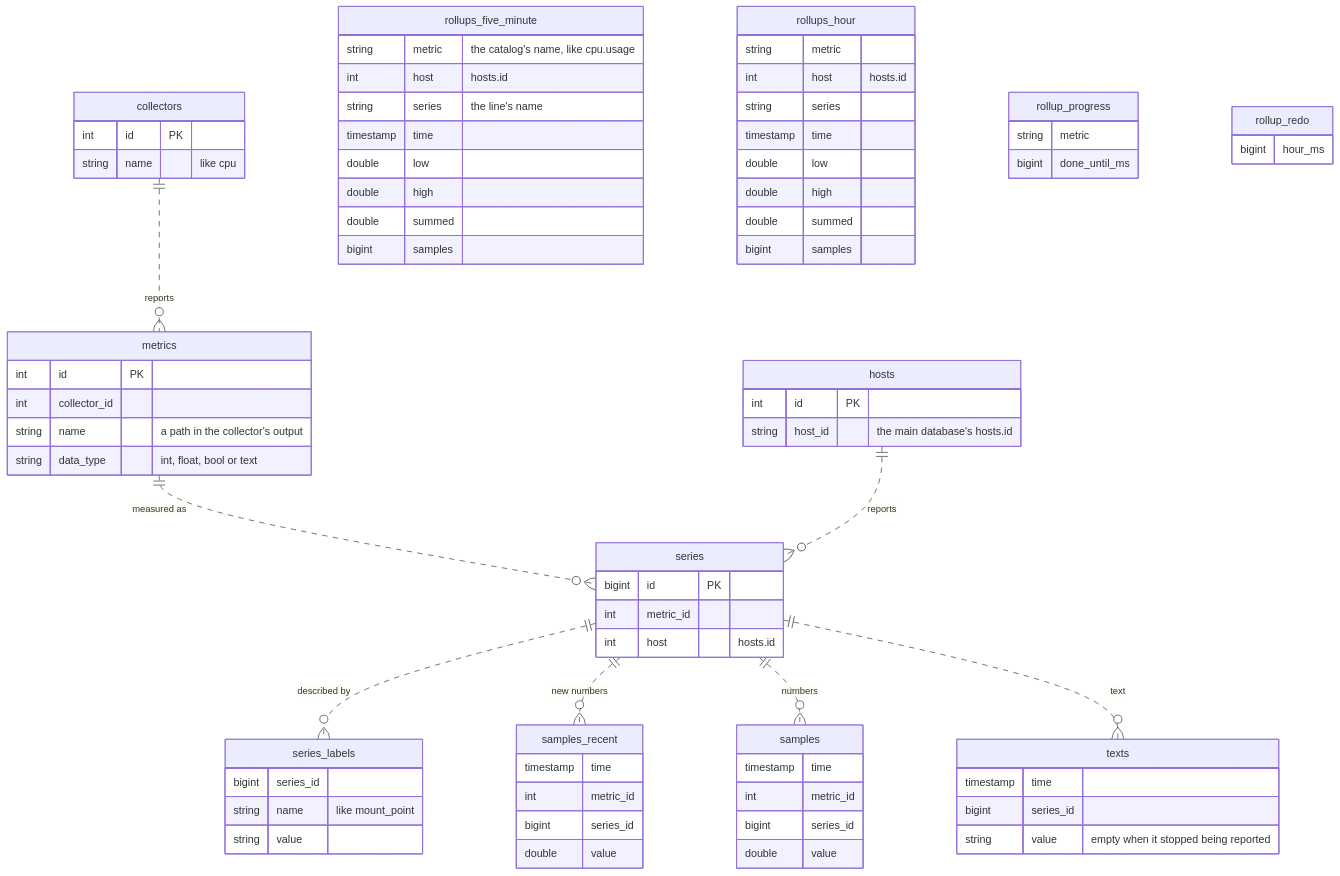
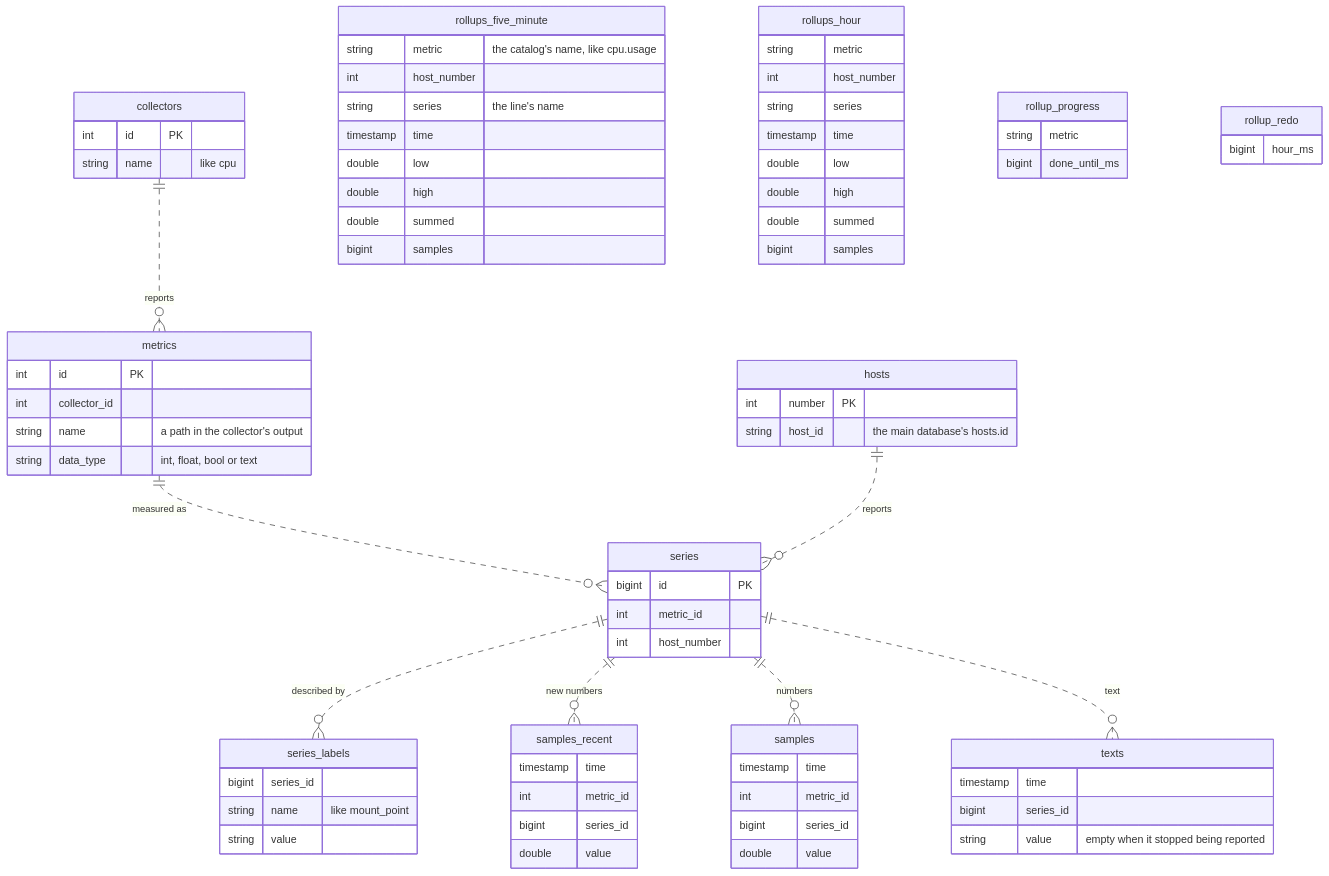
Before and after one commit to sfreiberg/maxnines: the third of 4 diagrams in database/README.md, drawn with Mermaid. The commit also changed other lines of this file and 4 other files, not shown here.

````diff
--- a/database/README.md
+++ b/database/README.md
@@ -360,79 +361,79 @@
 ```mermaid
 erDiagram
     collectors ||..o{ metrics : "reports"
     metrics ||..o{ series : "measured as"
     hosts ||..o{ series : "reports"
     series ||..o{ series_labels : "described by"
     series ||..o{ samples_recent : "new numbers"
     series ||..o{ samples : "numbers"
     series ||..o{ texts : "text"
 
     collectors {
         int id PK
         string name "like cpu"
     }
     metrics {
         int id PK
         int collector_id
         string name "a path in the collector's output"
         string data_type "int, float, bool or text"
     }
     hosts {
-        int id PK
+        int number PK
         string host_id "the main database's hosts.id"
     }
     series {
         bigint id PK
         int metric_id
-        int host "hosts.id"
+        int host_number
     }
     series_labels {
         bigint series_id
         string name "like mount_point"
         string value
     }
     samples_recent {
         timestamp time
         int metric_id
         bigint series_id
         double value
     }
     samples {
         timestamp time
         int metric_id
         bigint series_id
         double value
     }
     texts {
         timestamp time
         bigint series_id
         string value "empty when it stopped being reported"
     }
     rollups_five_minute {
         string metric "the catalog's name, like cpu.usage"
-        int host "hosts.id"
+        int host_number
         string series "the line's name"
         timestamp time
         double low
         double high
         double summed
         bigint samples
     }
     rollups_hour {
         string metric
-        int host "hosts.id"
+        int host_number
         string series
         timestamp time
         double low
         double high
         double summed
         bigint samples
     }
     rollup_progress {
         string metric
         bigint done_until_ms
     }
     rollup_redo {
         bigint hour_ms
     }
 ```
````
